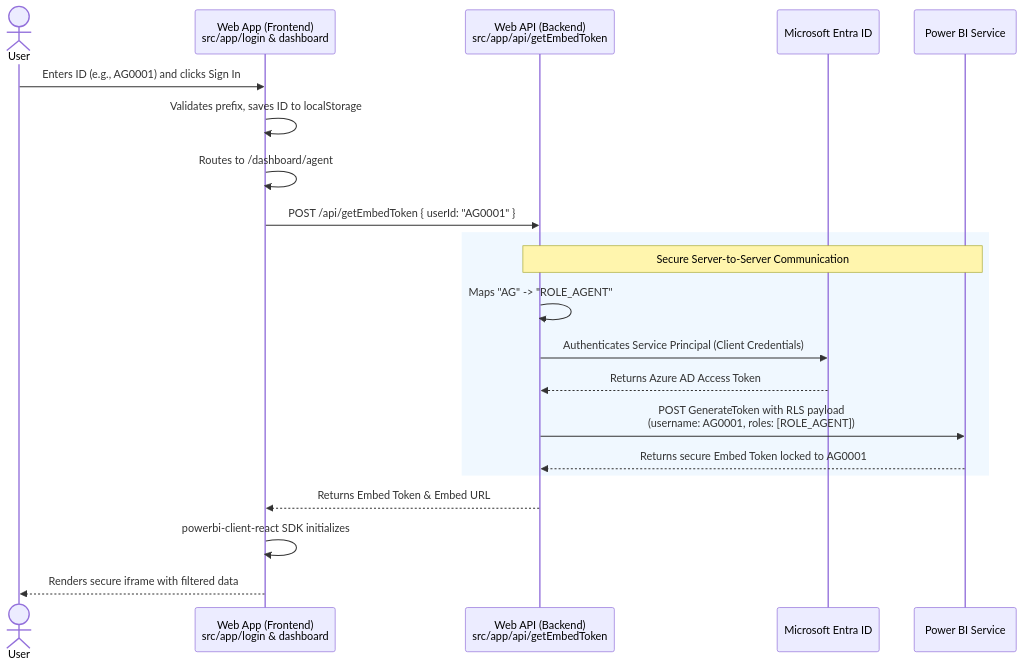
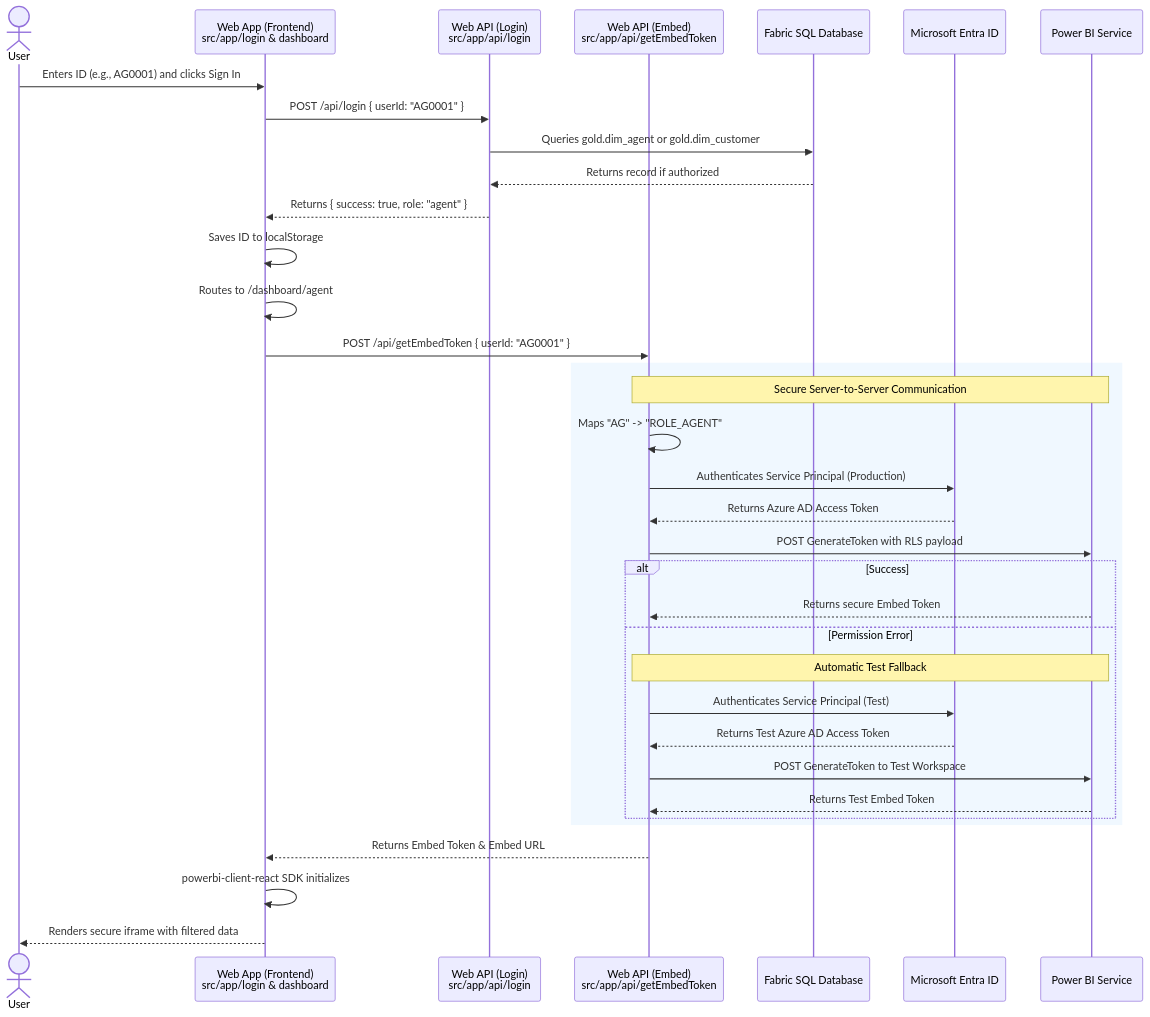
One commit to anhtnt90dev/rookies-data-dn-2026 changed the diagram in docs/embedded/web-app-architecture.md. Above: the diagram before and after it, drawn with Mermaid. The commit also changed other lines of this file and 2 other files, not shown here.

Commit message:
feat(us-149): temporary hide RLS logic, SQL to test dashboard

````diff
--- a/docs/embedded/web-app-architecture.md
+++ b/docs/embedded/web-app-architecture.md
@@ -15,26 +15,42 @@
 ```mermaid
 sequenceDiagram
     actor User
     participant Frontend as Web App (Frontend)<br/>src/app/login & dashboard
-    participant Backend as Web API (Backend)<br/>src/app/api/getEmbedToken
+    participant LoginAPI as Web API (Login)<br/>src/app/api/login
+    participant EmbedAPI as Web API (Embed)<br/>src/app/api/getEmbedToken
+    participant SQL as Fabric SQL Database
     participant Azure as Microsoft Entra ID
     participant PowerBI as Power BI Service
 
-        User->>Frontend: Enters ID (e.g., AG0001) and clicks Sign In
-    Frontend->>Frontend: Validates prefix, saves ID to localStorage
+    User->>Frontend: Enters ID (e.g., AG0001) and clicks Sign In
+    Frontend->>LoginAPI: POST /api/login { userId: "AG0001" }
+    LoginAPI->>SQL: Queries gold.dim_agent or gold.dim_customer
+    SQL-->>LoginAPI: Returns record if authorized
+    LoginAPI-->>Frontend: Returns { success: true, role: "agent" }
+    
+    Frontend->>Frontend: Saves ID to localStorage
     Frontend->>Frontend: Routes to /dashboard/agent
-    Frontend->>Backend: POST /api/getEmbedToken { userId: "AG0001" }
+    Frontend->>EmbedAPI: POST /api/getEmbedToken { userId: "AG0001" }
 
     rect rgb(240, 248, 255)
-        Note over Backend, PowerBI: Secure Server-to-Server Communication
-        Backend->>Backend: Maps "AG" -> "ROLE_AGENT"
-        Backend->>Azure: Authenticates Service Principal (Client Credentials)
-        Azure-->>Backend: Returns Azure AD Access Token
-        Backend->>PowerBI: POST GenerateToken with RLS payload<br/>(username: AG0001, roles: [ROLE_AGENT])
-        PowerBI-->>Backend: Returns secure Embed Token locked to AG0001
+        Note over EmbedAPI, PowerBI: Secure Server-to-Server Communication
+        EmbedAPI->>EmbedAPI: Maps "AG" -> "ROLE_AGENT"
+        EmbedAPI->>Azure: Authenticates Service Principal (Production)
+        Azure-->>EmbedAPI: Returns Azure AD Access Token
+        EmbedAPI->>PowerBI: POST GenerateToken with RLS payload
+        
+        alt Success
+            PowerBI-->>EmbedAPI: Returns secure Embed Token
+        else Permission Error
+            Note over EmbedAPI, PowerBI: Automatic Test Fallback
+            EmbedAPI->>Azure: Authenticates Service Principal (Test)
+            Azure-->>EmbedAPI: Returns Test Azure AD Access Token
+            EmbedAPI->>PowerBI: POST GenerateToken to Test Workspace
+            PowerBI-->>EmbedAPI: Returns Test Embed Token
+        end
     end
 
-    Backend-->>Frontend: Returns Embed Token & Embed URL
+    EmbedAPI-->>Frontend: Returns Embed Token & Embed URL
     Frontend->>Frontend: powerbi-client-react SDK initializes
     Frontend-->>User: Renders secure iframe with filtered data
 ```
````
